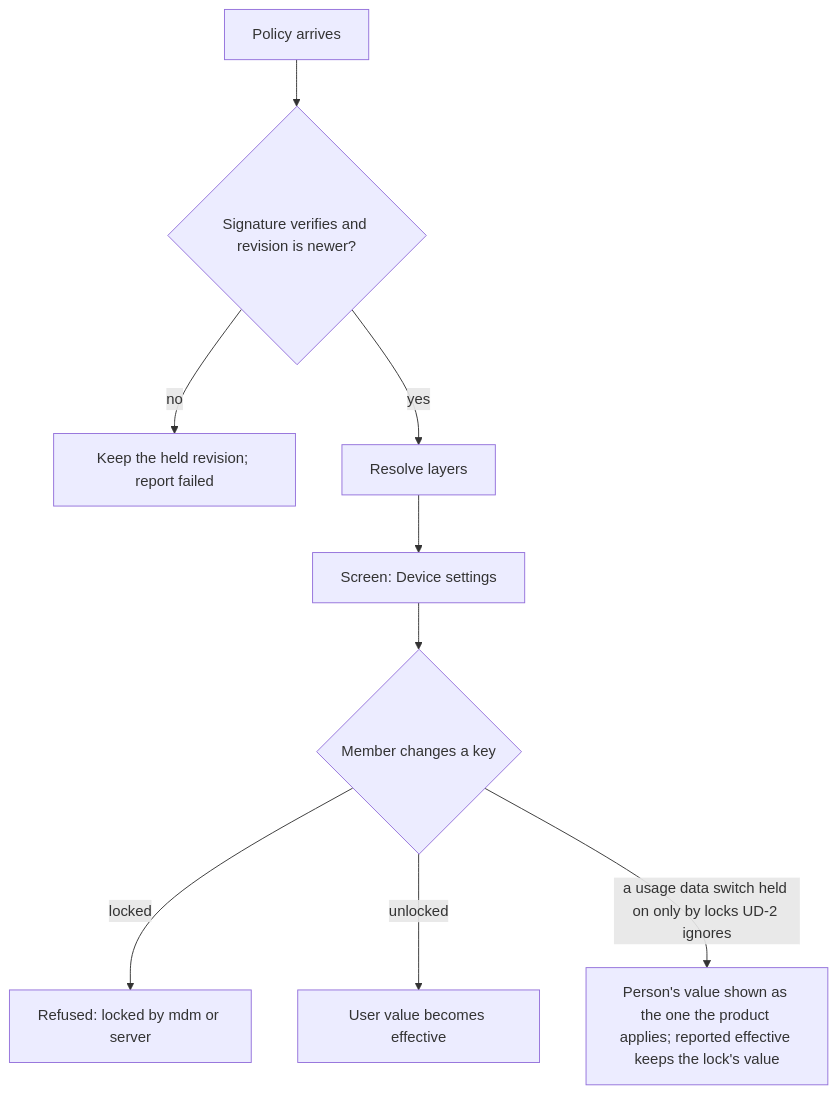
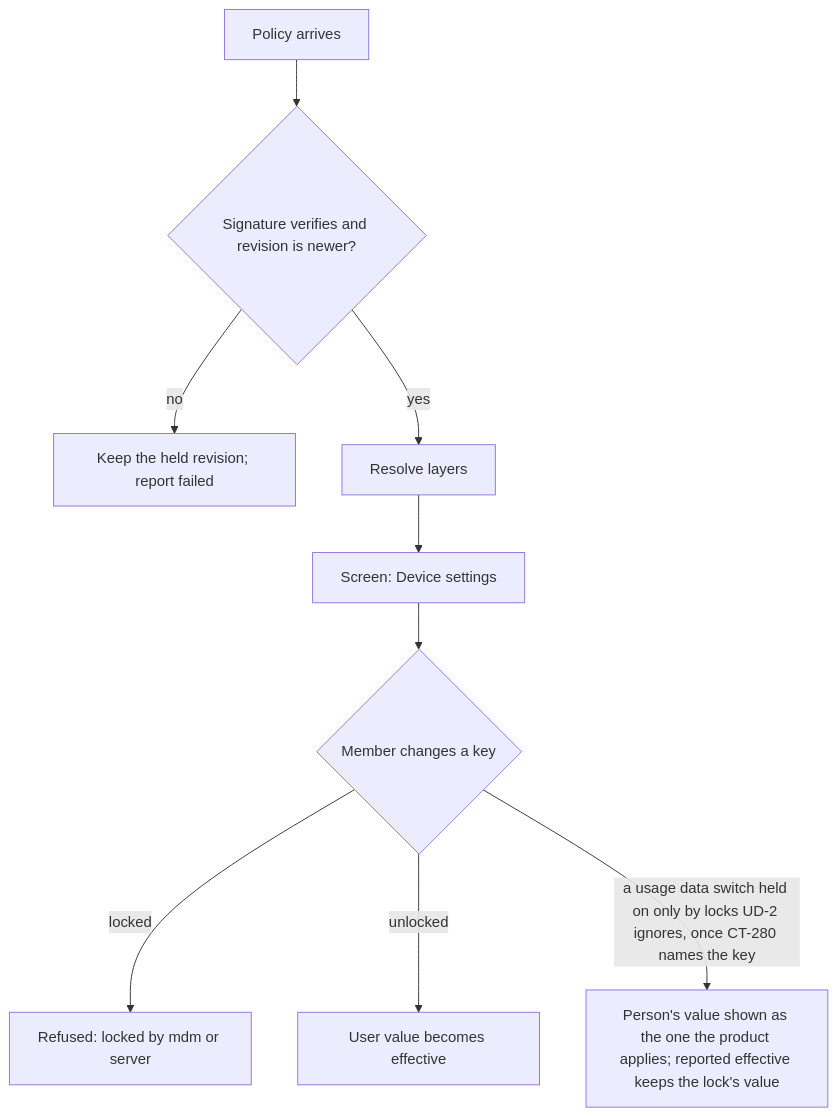
The seventh of 34 diagrams in docs/ux/flows.md (passioncode-ai/fabric-agent-contract), drawn with Mermaid before and after one commit. The commit also changed other lines of this file and 9 other files, not shown here.

Commit message:
DEC-0157 round 29 folded: Fabric's hold debt and the agent's hold path no longer promise sending for a product whose only id is the shared one; the site's line 61 owes UD-2; the README row names each hold display

````diff
--- a/docs/ux/flows.md
+++ b/docs/ux/flows.md
@@ -185,11 +185,11 @@
 ```mermaid
 flowchart TD
   P[Policy arrives] --> V{Signature verifies and revision is newer?}
   V -->|no| K[Keep the held revision; report failed]
   V -->|yes| R[Resolve layers]
   R --> S[Screen: Device settings]
   S --> C{Member changes a key}
   C -->|locked| X[Refused: locked by mdm or server]
   C -->|unlocked| U[User value becomes effective]
-  C -->|a usage data switch held on only by locks UD-2 ignores| A[Person's value shown as the one the product applies; reported effective keeps the lock's value]
+  C -->|a usage data switch held on only by locks UD-2 ignores, once CT-280 names the key| A[Person's value shown as the one the product applies; reported effective keeps the lock's value]
 ```
````
